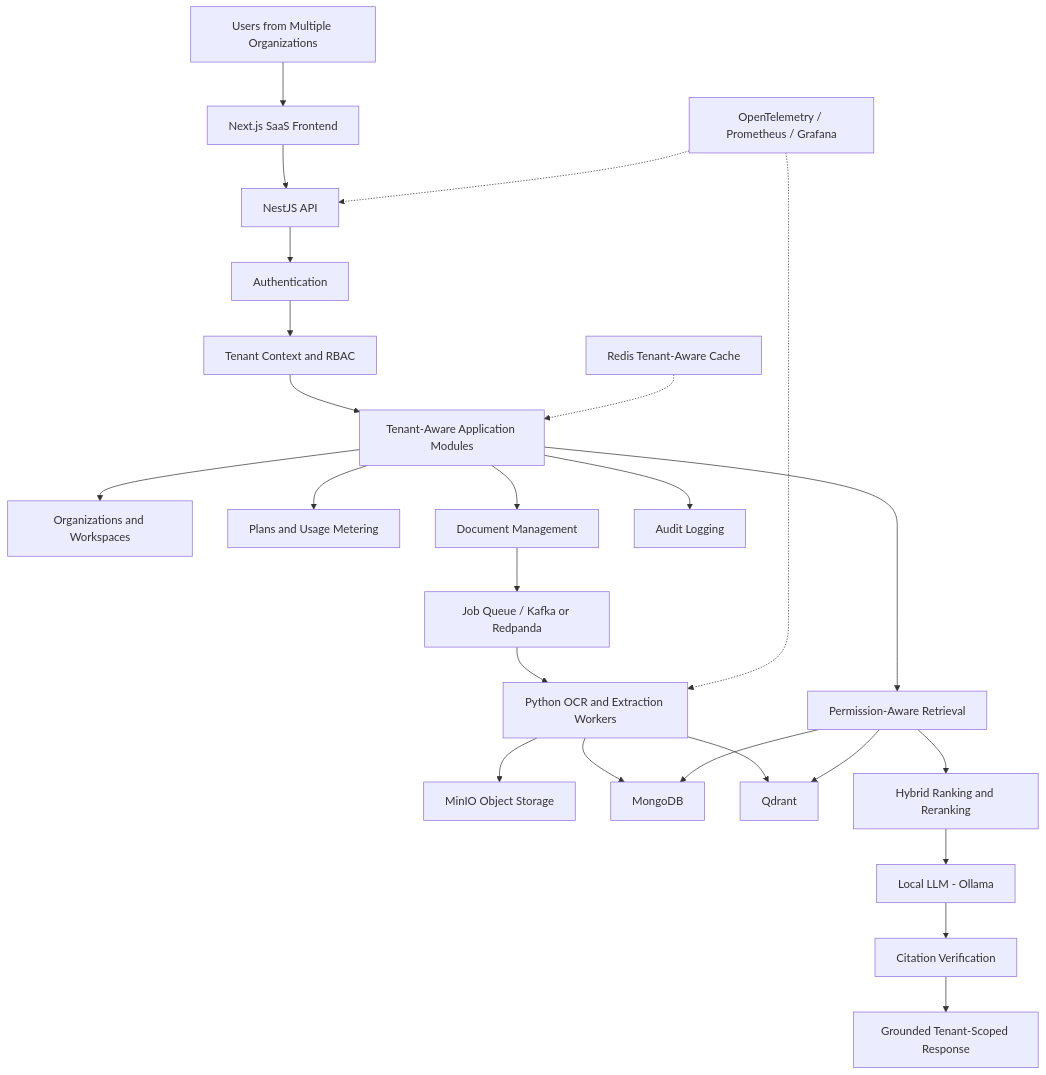
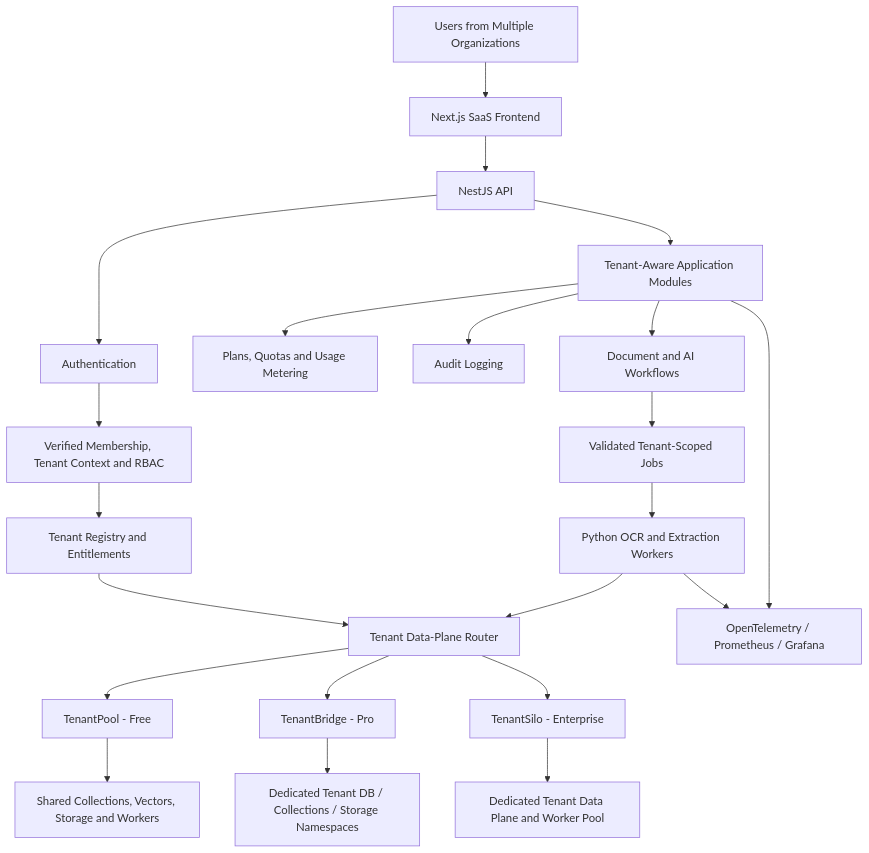
Before and after one commit to diptu/documentMind: the first of 4 diagrams in README.md, drawn with Mermaid. The commit also changed other lines of this file, not shown here.

First line of the commit message:
Revise multi-tenancy architecture and isolation details

````diff
--- a/README.md
+++ b/README.md
@@ -166,32 +166,24 @@
 ``` mermaid
 flowchart TD
     U[Users from Multiple Organizations] --> WEB[Next.js SaaS Frontend]
     WEB --> API[NestJS API]
     API --> AUTH[Authentication]
-    AUTH --> CTX[Tenant Context and RBAC]
-    CTX --> APP[Tenant-Aware Application Modules]
-
-    APP --> ORG[Organizations and Workspaces]
-    APP --> BILL[Plans and Usage Metering]
-    APP --> DOC[Document Management]
+    AUTH --> CTX[Verified Membership, Tenant Context and RBAC]
+    CTX --> REG[Tenant Registry and Entitlements]
+    REG --> ROUTER[Tenant Data-Plane Router]
+    ROUTER --> POOL[TenantPool - Free]
+    ROUTER --> BRIDGE[TenantBridge - Pro]
+    ROUTER --> SILO[TenantSilo - Enterprise]
+    POOL --> SHARED[Shared Collections, Vectors, Storage and Workers]
+    BRIDGE --> PARTITION[Dedicated Tenant DB / Collections / Storage Namespaces]
+    SILO --> DEDICATED[Dedicated Tenant Data Plane and Worker Pool]
+    API --> APP[Tenant-Aware Application Modules]
+    APP --> BILL[Plans, Quotas and Usage Metering]
     APP --> AUDIT[Audit Logging]
-
-    DOC --> QUEUE[Job Queue / Kafka or Redpanda]
-    QUEUE --> WORKERS[Python OCR and Extraction Workers]
-
-    WORKERS --> OBJ[MinIO Object Storage]
-    WORKERS --> DB[MongoDB]
-    WORKERS --> VEC[Qdrant]
-
-    APP --> RET[Permission-Aware Retrieval]
-    RET --> DB
-    RET --> VEC
-    RET --> RERANK[Hybrid Ranking and Reranking]
-    RERANK --> LLM[Local LLM - Ollama]
-    LLM --> VERIFY[Citation Verification]
-    VERIFY --> RESULT[Grounded Tenant-Scoped Response]
-
-    CACHE[Redis Tenant-Aware Cache] -.-> APP
-    OBS[OpenTelemetry / Prometheus / Grafana] -.-> API
-    OBS -.-> WORKERS
+    APP --> DOC[Document and AI Workflows]
+    DOC --> JOBS[Validated Tenant-Scoped Jobs]
+    JOBS --> WORKERS[Python OCR and Extraction Workers]
+    WORKERS --> ROUTER
+    APP --> OBS[OpenTelemetry / Prometheus / Grafana]
+    WORKERS --> OBS
 ```
````
